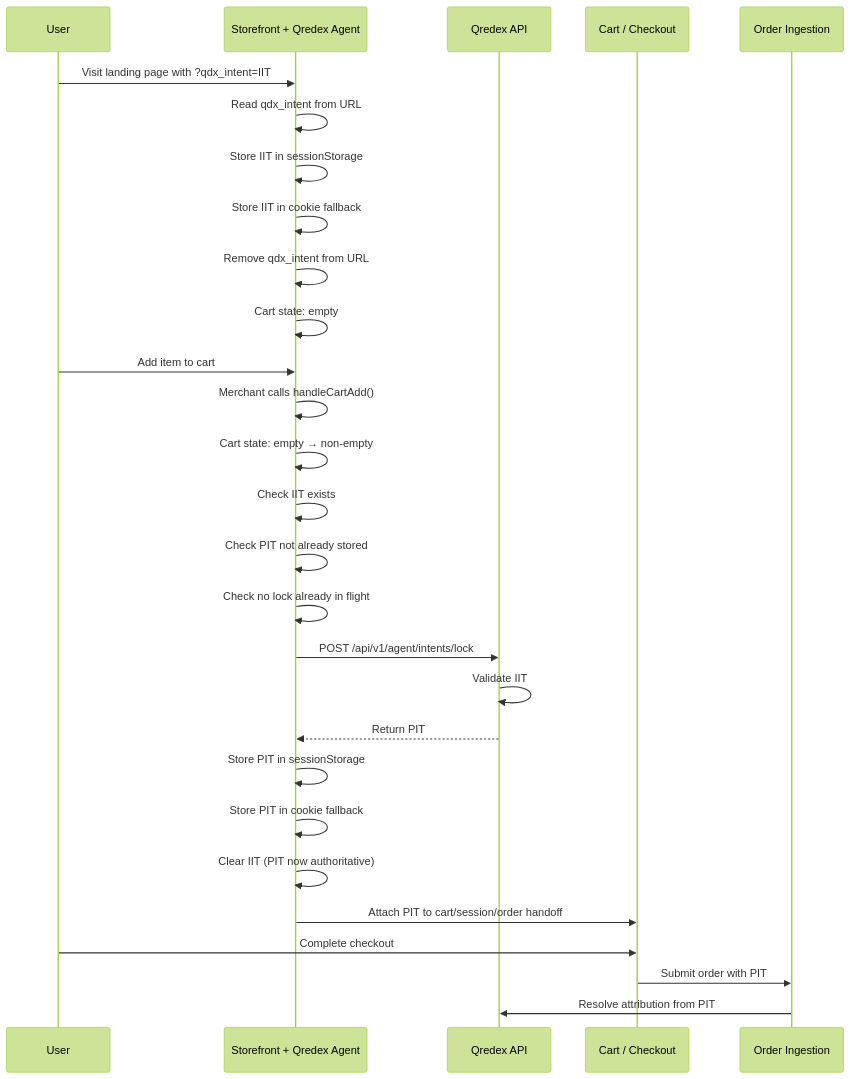
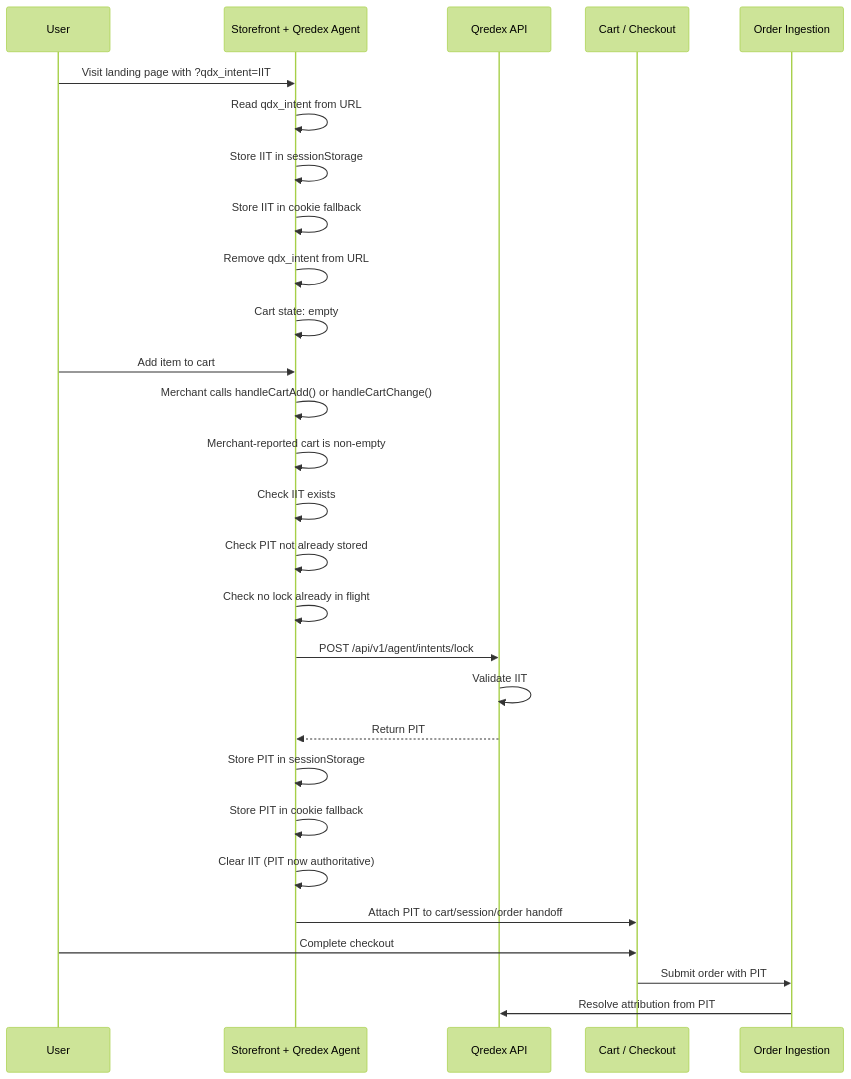
The diagram in docs/QREDEX_AGENT_FLOW.md (Qredex/qredex-agent), drawn with Mermaid (forest theme) before and after one commit. The commit also changed other lines of this file and 3 other files, not shown here.

````diff
--- a/docs/QREDEX_AGENT_FLOW.md
+++ b/docs/QREDEX_AGENT_FLOW.md
@@ -91,35 +91,35 @@
 ```mermaid
 sequenceDiagram
     participant U as User
     participant FE as Storefront + Qredex Agent
     participant Q as Qredex API
     participant C as Cart / Checkout
     participant O as Order Ingestion
 
     U->>FE: Visit landing page with ?qdx_intent=IIT
     FE->>FE: Read qdx_intent from URL
     FE->>FE: Store IIT in sessionStorage
     FE->>FE: Store IIT in cookie fallback
     FE->>FE: Remove qdx_intent from URL
     FE->>FE: Cart state: empty
 
     U->>FE: Add item to cart
-    FE->>FE: Merchant calls handleCartAdd()
-    FE->>FE: Cart state: empty → non-empty
+    FE->>FE: Merchant calls handleCartAdd() or handleCartChange()
+    FE->>FE: Merchant-reported cart is non-empty
     FE->>FE: Check IIT exists
     FE->>FE: Check PIT not already stored
     FE->>FE: Check no lock already in flight
 
     FE->>Q: POST /api/v1/agent/intents/lock
     Q->>Q: Validate IIT
     Q-->>FE: Return PIT
 
     FE->>FE: Store PIT in sessionStorage
     FE->>FE: Store PIT in cookie fallback
     FE->>FE: Clear IIT (PIT now authoritative)
     FE->>C: Attach PIT to cart/session/order handoff
 
     U->>C: Complete checkout
     C->>O: Submit order with PIT
     O->>Q: Resolve attribution from PIT
 ```
````
